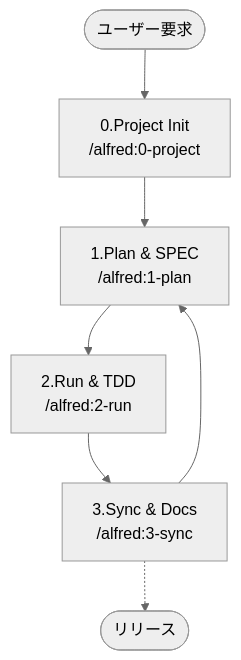
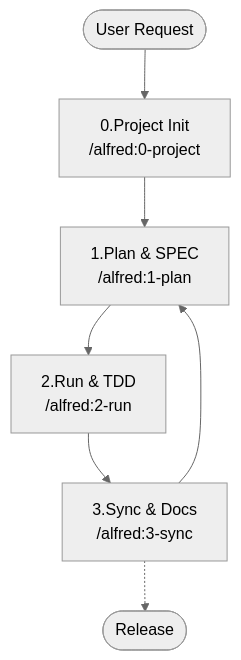
One commit to modu-ai/moai-adk changed the first of 2 diagrams in docs/src/en/guides/alfred/index.md. Above: the diagram before and after it, drawn with Mermaid. The commit also changed other lines of this file and 78 other files, not shown here.

````diff
--- a/docs/src/en/guides/alfred/index.md
+++ b/docs/src/en/guides/alfred/index.md
@@ -22,10 +22,10 @@
 ```mermaid
 %%{init: {'theme':'neutral'}}%%
 graph TD
-    Start([ユーザー要求]) --> Project[0.Project Init<br/>/alfred:0-project]
+    Start([User Request]) --> Project[0.Project Init<br/>/alfred:0-project]
     Project --> Plan[1.Plan & SPEC<br/>/alfred:1-plan]
     Plan --> Run[2.Run & TDD<br/>/alfred:2-run]
     Run --> Sync[3.Sync & Docs<br/>/alfred:3-sync]
     Sync --> Plan
-    Sync -.-> End([リリース])
+    Sync -.-> End([Release])
 ```
````
